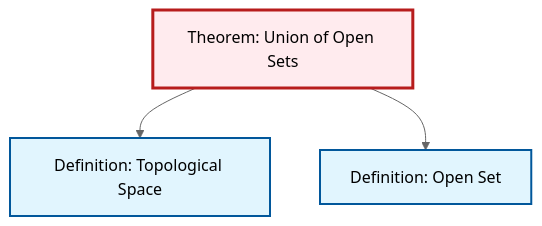
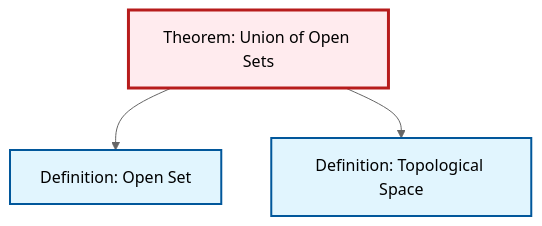
The diagram in content/ja/topology/thm-union-open-sets.qmd (RK0429/ModernMath), drawn with Mermaid (neutral theme) before and after one commit. The commit also changed other lines of this file and 491 other files, not shown here.

````diff
--- a/content/ja/topology/thm-union-open-sets.qmd
+++ b/content/ja/topology/thm-union-open-sets.qmd
@@ -61,17 +61,17 @@
 ```{mermaid}
 %%| fig-cap: "Local dependency graph"
 graph TD
     classDef definition fill:#e1f5fe,stroke:#01579b,stroke-width:2px
     classDef theorem fill:#f3e5f5,stroke:#4a148c,stroke-width:2px
     classDef axiom fill:#fff3e0,stroke:#e65100,stroke-width:2px
     classDef example fill:#e8f5e9,stroke:#1b5e20,stroke-width:2px
     classDef current fill:#ffebee,stroke:#b71c1c,stroke-width:3px
     def-open-set["Definition: Open Set"]:::definition
+    def-topological-space["Definition: Topological Space"]:::definition
     thm-union-open-sets["Theorem: Union of Open Sets"]:::theorem
-    def-topological-space["Definition: Topological Space"]:::definition
+    thm-union-open-sets --> def-open-set
     thm-union-open-sets --> def-topological-space
-    thm-union-open-sets --> def-open-set
     class thm-union-open-sets current
     click def-open-set "def-open-set.html" "Definition: Open Setへ"
     click def-topological-space "def-topological-space.html" "Definition: Topological Spaceへ"
 ```
````
